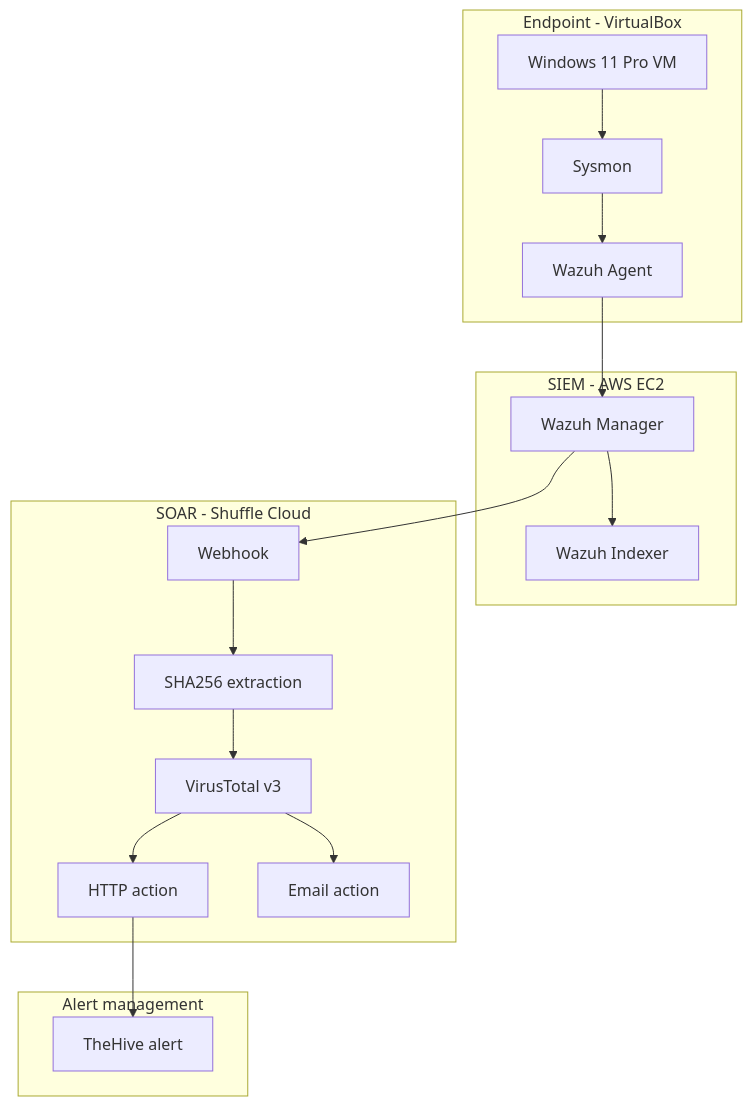
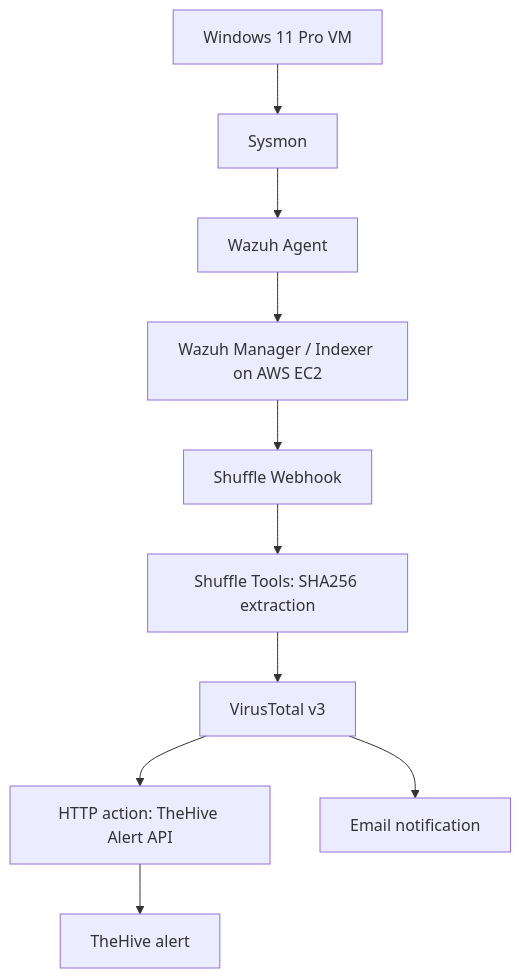
The diagram in README.md (aryazz-labs/SOC-Automation-Lab-AWS), drawn with Mermaid before and after one commit. The commit also changed other lines of this file, not shown here.

````diff
--- a/README.md
+++ b/README.md
@@ -27,22 +25,12 @@
 ```mermaid
 flowchart TD
-  subgraph Endpoint["Endpoint - VirtualBox"]
-    A["Windows 11 Pro VM"] --> B["Sysmon"]
-    B --> C["Wazuh Agent"]
-  end
-  subgraph SIEM["SIEM - AWS EC2"]
-    D["Wazuh Manager"] --> E["Wazuh Indexer"]
-  end
-  subgraph SOAR["SOAR - Shuffle Cloud"]
-    F["Webhook"] --> G["SHA256 extraction"]
-    G --> H["VirusTotal v3"]
-    H --> I["HTTP action"]
-    H --> J["Email action"]
-  end
-  subgraph AlertManagement["Alert management"]
-    K["TheHive alert"]
-  end
-  C --> D
-  D --> F
-  I --> K
+  A[Windows 11 Pro VM] --> B[Sysmon]
+  B --> C[Wazuh Agent]
+  C --> D[Wazuh Manager / Indexer on AWS EC2]
+  D --> E[Shuffle Webhook]
+  E --> F[Shuffle Tools: SHA256 extraction]
+  F --> G[VirusTotal v3]
+  G --> H[HTTP action: TheHive Alert API]
+  G --> I[Email notification]
+  H --> J[TheHive alert]
 ```
````
